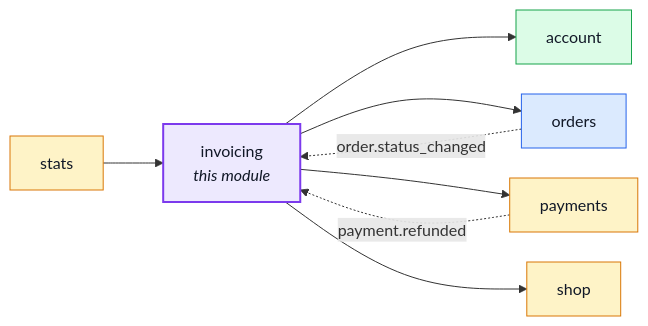
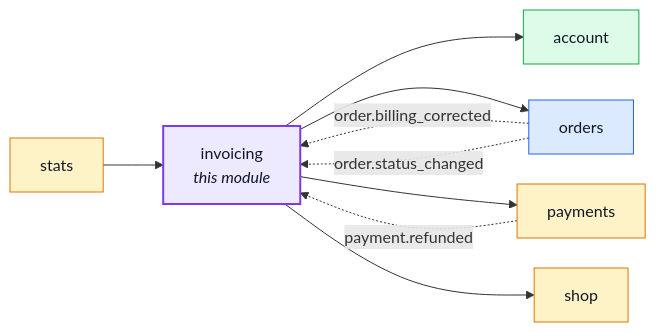
The first of 4 diagrams in docs/modules/invoicing.md (Guebbit/boilerplate-node-backend), drawn with Mermaid before and after one commit. The commit also changed other lines of this file and 57 other files, not shown here.

First line of the commit message:
feat(orders): correct a billing address after the invoice, with a credit note and a new invoice

````diff
--- a/docs/modules/invoicing.md
+++ b/docs/modules/invoicing.md
@@ -25,27 +25,28 @@
 ```mermaid
 %%{init: {'flowchart': {'nodeSpacing': 30, 'rankSpacing': 60}}}%%
 flowchart LR
     invoicing["invoicing<br/><i>this module</i>"]
     account["account"]
     orders["orders"]
     payments["payments"]
     shop["shop"]
     stats["stats"]
 
     stats --> invoicing
     invoicing --> account
     invoicing --> orders
     invoicing --> payments
     invoicing --> shop
+    orders -. "order.billing_corrected" .-> invoicing
     orders -. "order.status_changed" .-> invoicing
     payments -. "payment.refunded" .-> invoicing
 
     classDef core fill:#dbeafe,stroke:#2563eb,color:#111827;
     classDef supporting fill:#fef3c7,stroke:#d97706,color:#111827;
     classDef generic fill:#dcfce7,stroke:#16a34a,color:#111827;
     classDef centre fill:#ede9fe,stroke:#7c3aed,stroke-width:2px,color:#111827;
     class orders core;
     class payments,shop,stats supporting;
     class account generic;
     class invoicing centre;
 ```
````
